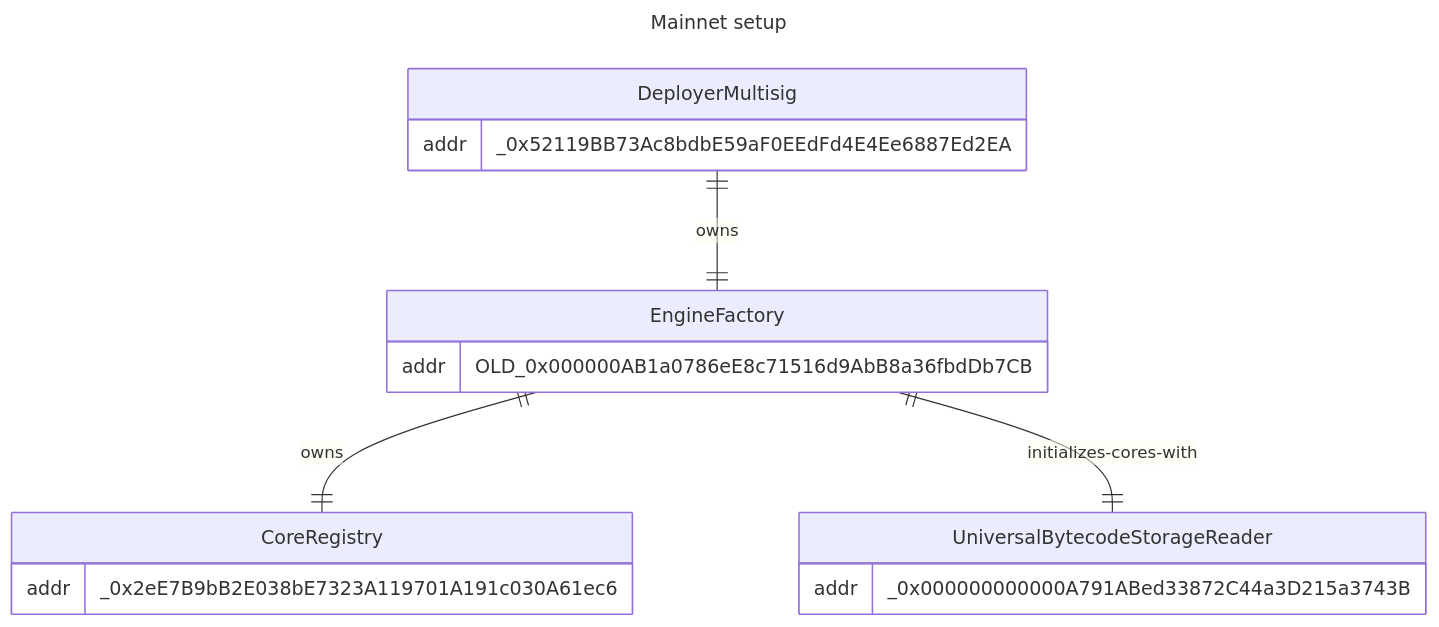
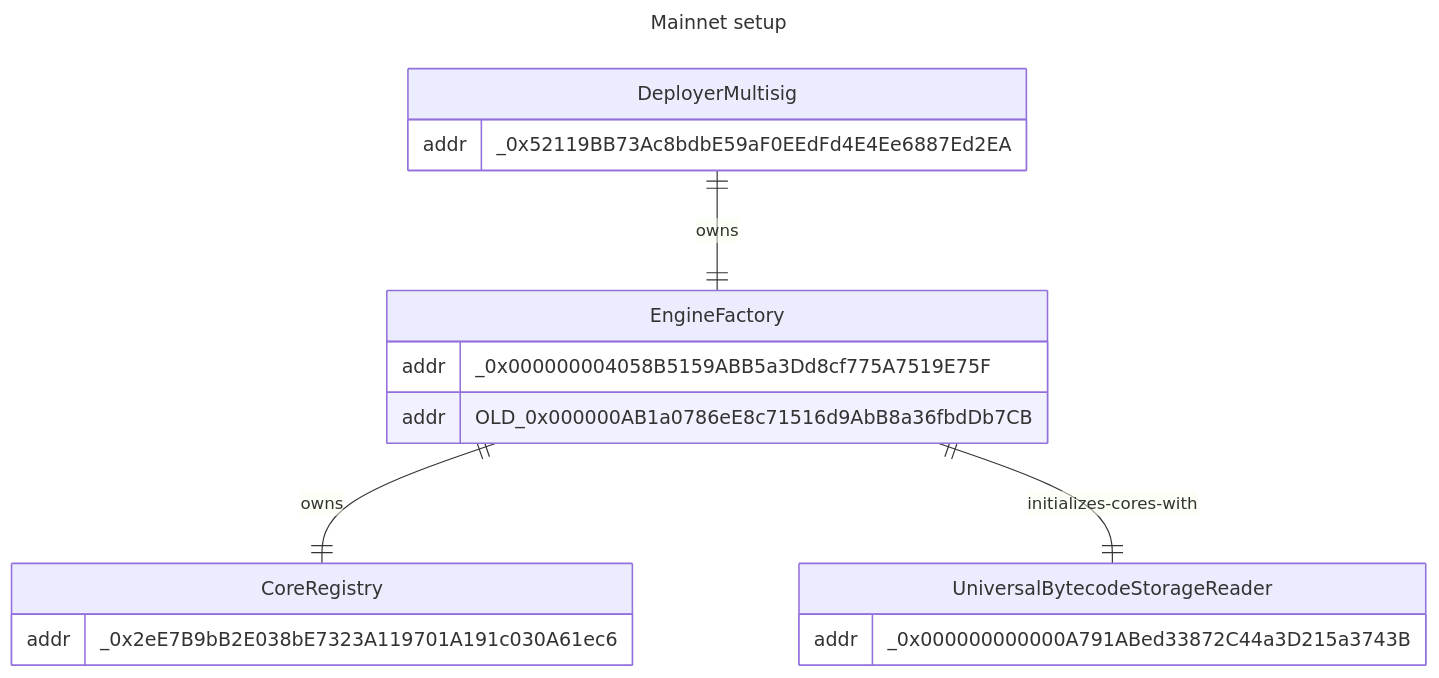
The first of 4 diagrams in packages/contracts/INFRASTRUCTURE.md (void-smith660/artblocks-contracts), drawn with Mermaid before and after one commit. The commit also changed other lines of this file and 9 other files, not shown here.

````diff
--- a/packages/contracts/INFRASTRUCTURE.md
+++ b/packages/contracts/INFRASTRUCTURE.md
@@ -28,21 +28,22 @@
 ```mermaid
 ---
 title: Mainnet setup
 ---
 erDiagram
     DeployerMultisig ||--|| EngineFactory : owns
     EngineFactory ||--|| CoreRegistry : owns
     EngineFactory ||--|| UniversalBytecodeStorageReader : initializes-cores-with
     DeployerMultisig {
         addr _0x52119BB73Ac8bdbE59aF0EEdFd4E4Ee6887Ed2EA
     }
     EngineFactory {
+        addr _0x000000004058B5159ABB5a3Dd8cf775A7519E75F
         addr OLD_0x000000AB1a0786eE8c71516d9AbB8a36fbdDb7CB
     }
     CoreRegistry {
         addr _0x2eE7B9bB2E038bE7323A119701A191c030A61ec6
     }
     UniversalBytecodeStorageReader {
         addr _0x000000000000A791ABed33872C44a3D215a3743B
     }
 ```
````
